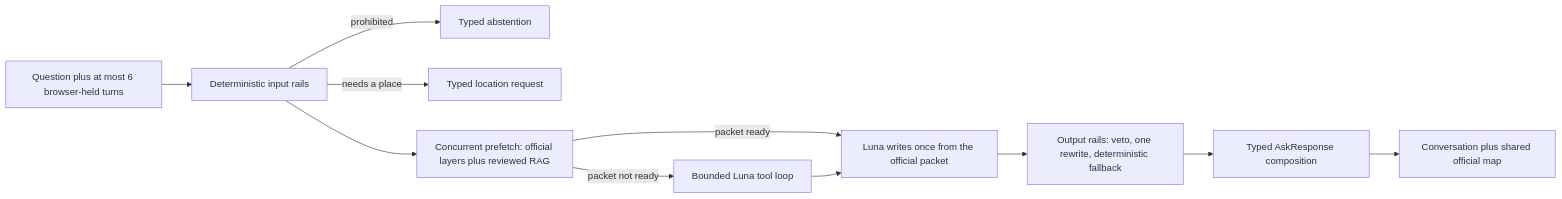
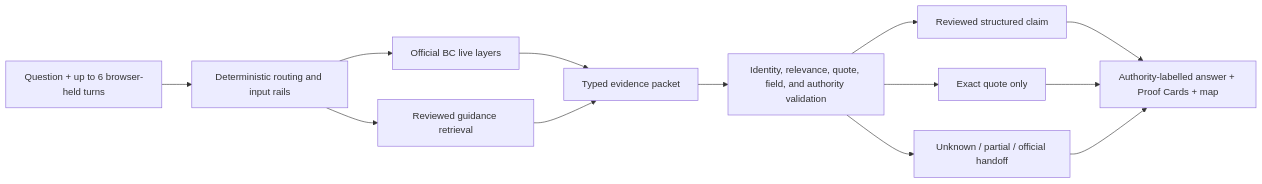
One commit to yusenrong46-afk/firelens-bc changed the diagram in README.md. Above: the diagram before and after it, drawn with Mermaid. The commit also changed other lines of this file and 59 other files, not shown here.

````diff
--- a/README.md
+++ b/README.md
@@ -77,13 +97,15 @@
 ```mermaid
 flowchart LR
-    Q["Question plus at most 6 browser-held turns"] --> R1["Deterministic input rails"]
-    R1 -->|"prohibited"| A["Typed abstention"]
-    R1 -->|"needs a place"| RL["Typed location request"]
-    R1 --> PF["Concurrent prefetch: official layers plus reviewed RAG"]
-    PF -->|"packet ready"| W["Luna writes once from the official packet"]
-    PF -->|"packet not ready"| TL["Bounded Luna tool loop"]
-    TL --> W
-    W --> R2["Output rails: veto, one rewrite, deterministic fallback"]
-    R2 --> C["Typed AskResponse composition"]
-    C --> UI["Conversation plus shared official map"]
+    Q["Question + up to 6 browser-held turns"] --> R["Deterministic routing and input rails"]
+    R --> L["Official BC live layers"]
+    R --> G["Reviewed guidance retrieval"]
+    L --> P["Typed evidence packet"]
+    G --> P
+    P --> V["Identity, relevance, quote, field, and authority validation"]
+    V --> S["Reviewed structured claim"]
+    V --> X["Exact quote only"]
+    V --> U["Unknown / partial / official handoff"]
+    S --> UI["Authority-labelled answer + Proof Cards + map"]
+    X --> UI
+    U --> UI
 ```
````
